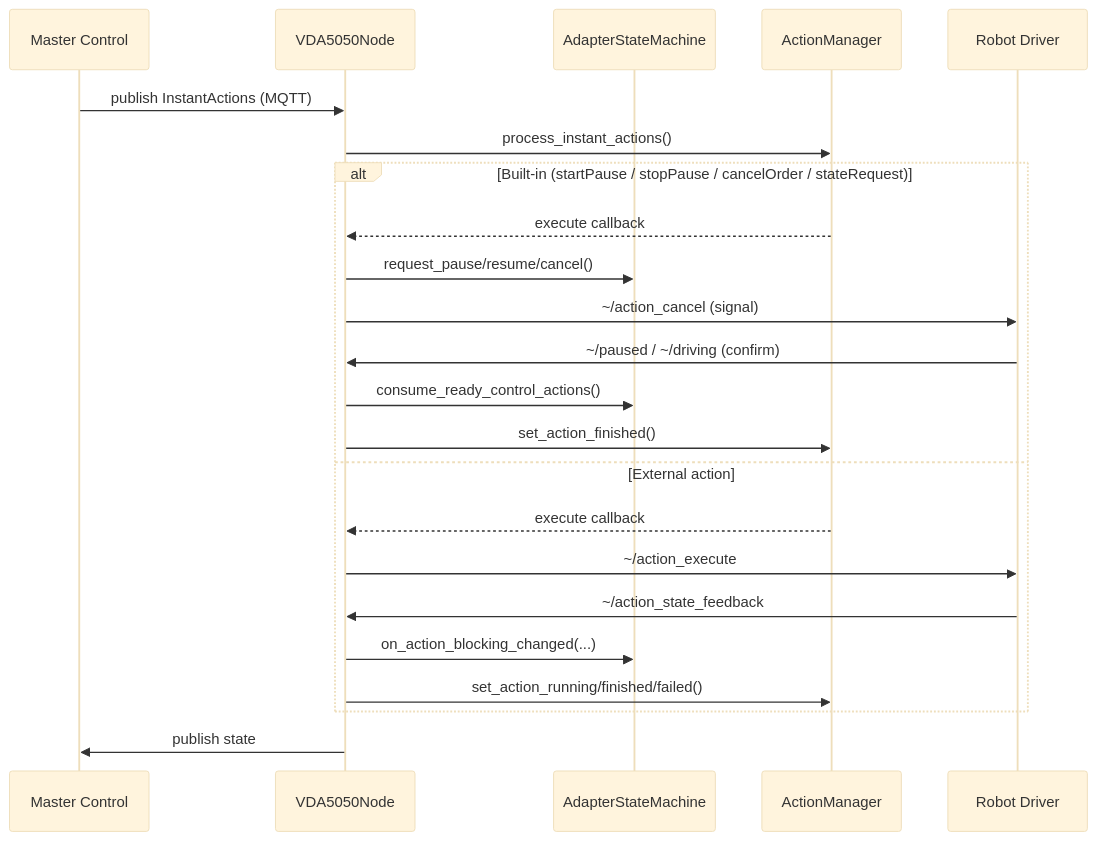
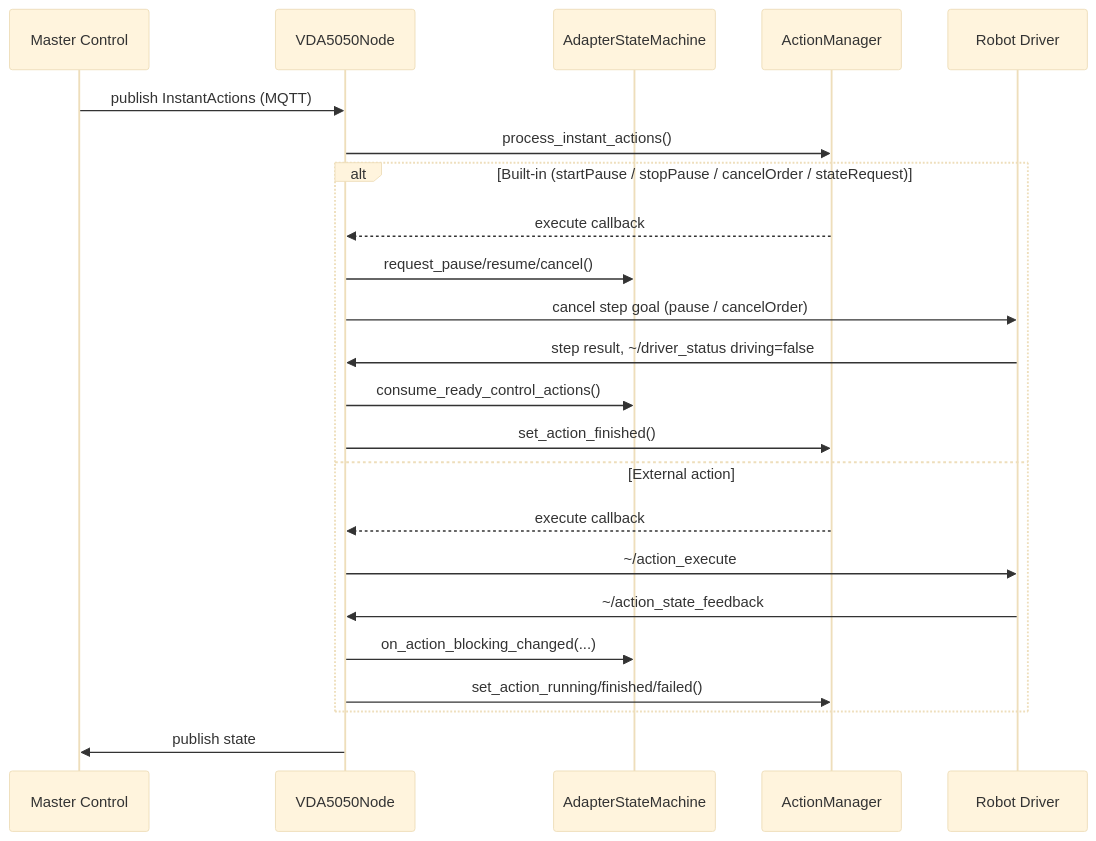
The sixth of 7 diagrams in vda5050_client_adapter/docs/architecture.md (NhatTran-97/eiu-vda5050-support-open-rmf), drawn with Mermaid (base theme) before and after one commit. The commit also changed other lines of this file and 21 other files, not shown here.

First line of the commit message:
vda5050_client_adapter: own the order, drive bridge via NavigateToNode

````diff
--- a/vda5050_client_adapter/docs/architecture.md
+++ b/vda5050_client_adapter/docs/architecture.md
@@ -222,28 +272,28 @@
 ```mermaid
 sequenceDiagram
     participant MC as Master Control
     participant Node as VDA5050Node
     participant SM as AdapterStateMachine
     participant AM as ActionManager
     participant Robot as Robot Driver
 
     MC->>Node: publish InstantActions (MQTT)
     Node->>AM: process_instant_actions()
 
     alt Built-in (startPause / stopPause / cancelOrder / stateRequest)
         AM-->>Node: execute callback
         Node->>SM: request_pause/resume/cancel()
-        Node->>Robot: ~/action_cancel (signal)
-        Robot->>Node: ~/paused / ~/driving (confirm)
+        Node->>Robot: cancel step goal (pause / cancelOrder)
+        Robot->>Node: step result, ~/driver_status driving=false
         Node->>SM: consume_ready_control_actions()
         Node->>AM: set_action_finished()
     else External action
         AM-->>Node: execute callback
         Node->>Robot: ~/action_execute
         Robot->>Node: ~/action_state_feedback
         Node->>SM: on_action_blocking_changed(...)
         Node->>AM: set_action_running/finished/failed()
     end
 
     Node->>MC: publish state
 ```
````
